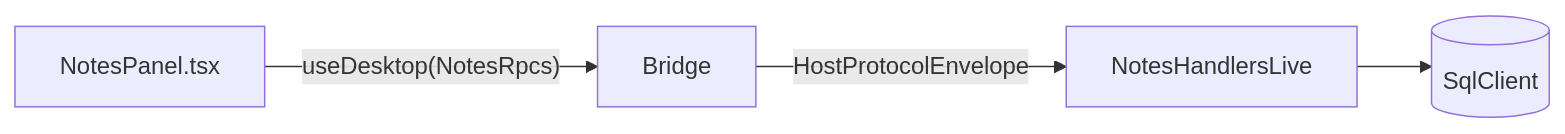
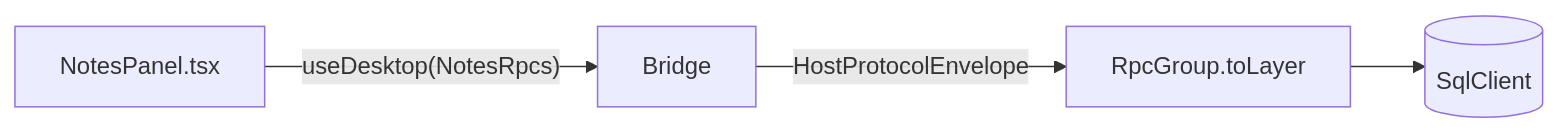
The diagram in docs/tutorials/01-build-a-notes-app.md (Rika-Labs/effect-desktop), drawn with Mermaid before and after one commit.

Commit message:
docs: align notes tutorial with rpc layers
Architecture-debt sweep: removed current tutorial wording that described the retired bridge Handlers abstraction. The tutorial now points at RpcGroup.toLayer as the runtime boundary.

````diff
--- a/docs/tutorials/01-build-a-notes-app.md
+++ b/docs/tutorials/01-build-a-notes-app.md
@@ -24,6 +24,6 @@
 ```mermaid
 flowchart LR
   UI[NotesPanel.tsx] -- useDesktop(NotesRpcs) --> Bridge
-  Bridge -- HostProtocolEnvelope --> Handlers[NotesHandlersLive]
-  Handlers --> SQLite[(SqlClient)]
+  Bridge -- HostProtocolEnvelope --> Runtime[RpcGroup.toLayer]
+  Runtime --> SQLite[(SqlClient)]
 ```
````
